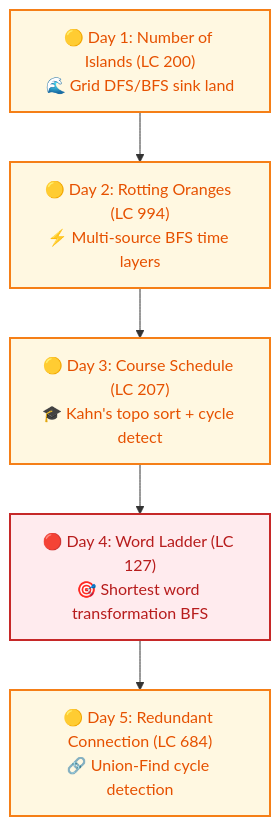
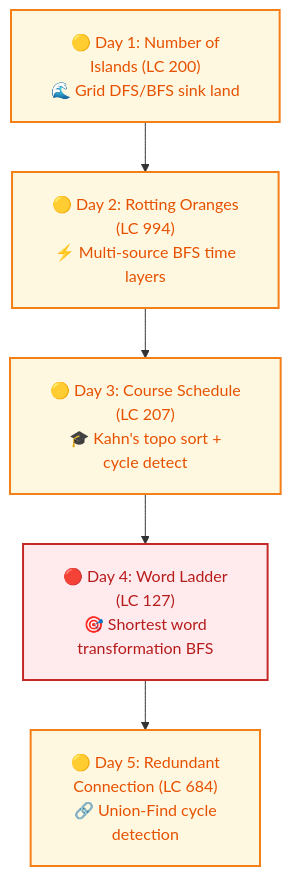
One commit to dip4k/DSA_102 changed the seventh of 19 diagrams in Senior_dsa_question_list.md. Above: the diagram before and after it, drawn with Mermaid. The commit also changed other lines of this file and 108 other files, not shown here.

First line of the commit message:
fix(mermaid): resolve diagram clipping, padding, and syntax issues across repo

````diff
--- a/Senior_dsa_question_list.md
+++ b/Senior_dsa_question_list.md
@@ -250,14 +256,15 @@
 ```mermaid
+%%{init: {"flowchart": {"htmlLabels": true, "padding": 20}}}%%
 flowchart TD
     classDef startNode fill:#e8f5e9,stroke:#2e7d32,stroke-width:2px,color:#1b5e20
     classDef midNode fill:#fff8e1,stroke:#f57f17,stroke-width:2px,color:#e65100
     classDef hardNode fill:#ffebee,stroke:#c62828,stroke-width:2px,color:#b71c1c
 
-    A["🟡 Day 1: Number of Islands (LC 200)<br/>🌊 Grid DFS/BFS sink land"]:::midNode
-    B["🟡 Day 2: Rotting Oranges (LC 994)<br/>⚡ Multi-source BFS time layers"]:::midNode
-    C["🟡 Day 3: Course Schedule (LC 207)<br/>🎓 Kahn's topo sort + cycle detect"]:::midNode
-    D["🔴 Day 4: Word Ladder (LC 127)<br/>🎯 Shortest word transformation BFS"]:::hardNode
-    E["🟡 Day 5: Redundant Connection (LC 684)<br/>🔗 Union-Find cycle detection"]:::midNode
+    A["🟡 Day 1: Number of<br/>Islands (LC 200)<br/>🌊 Grid DFS/BFS sink land"]:::midNode
+    B["🟡 Day 2: Rotting Oranges<br/>(LC 994)<br/>⚡ Multi-source BFS time<br/>layers"]:::midNode
+    C["🟡 Day 3: Course Schedule<br/>(LC 207)<br/>🎓 Kahn's topo sort +<br/>cycle detect"]:::midNode
+    D["🔴 Day 4: Word Ladder<br/>(LC 127)<br/>🎯 Shortest word<br/>transformation BFS"]:::hardNode
+    E["🟡 Day 5: Redundant<br/>Connection (LC 684)<br/>🔗 Union-Find cycle<br/>detection"]:::midNode
 
     A --> B --> C --> D --> E
 ```
````
